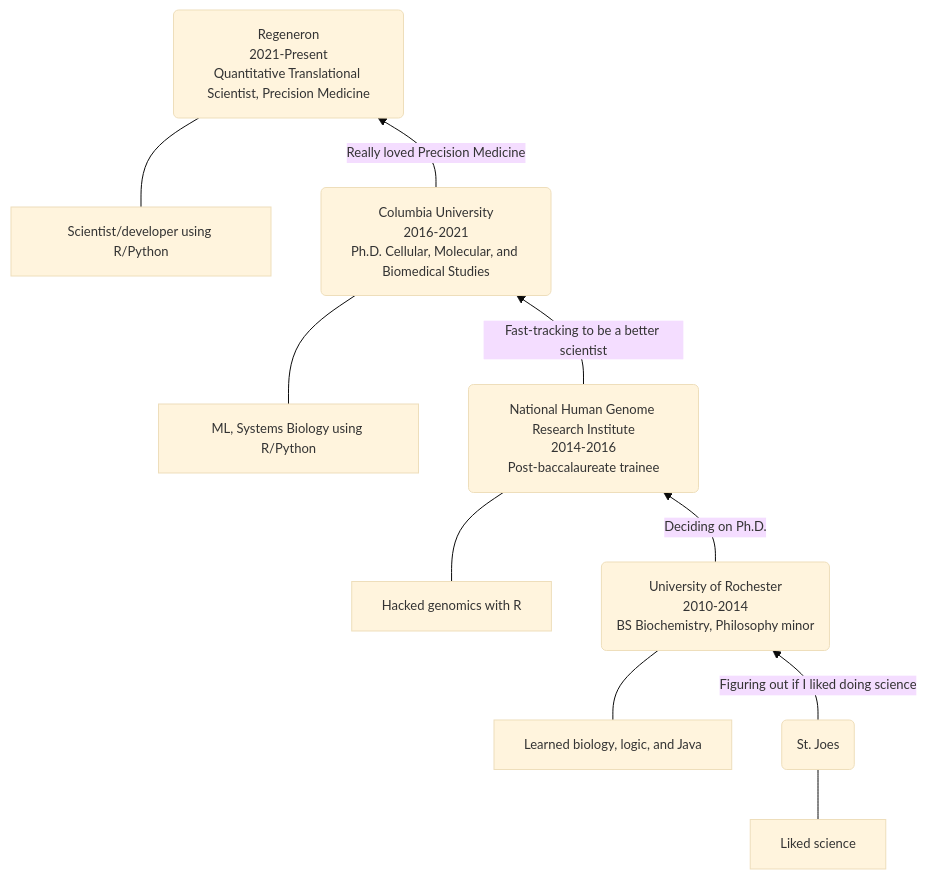
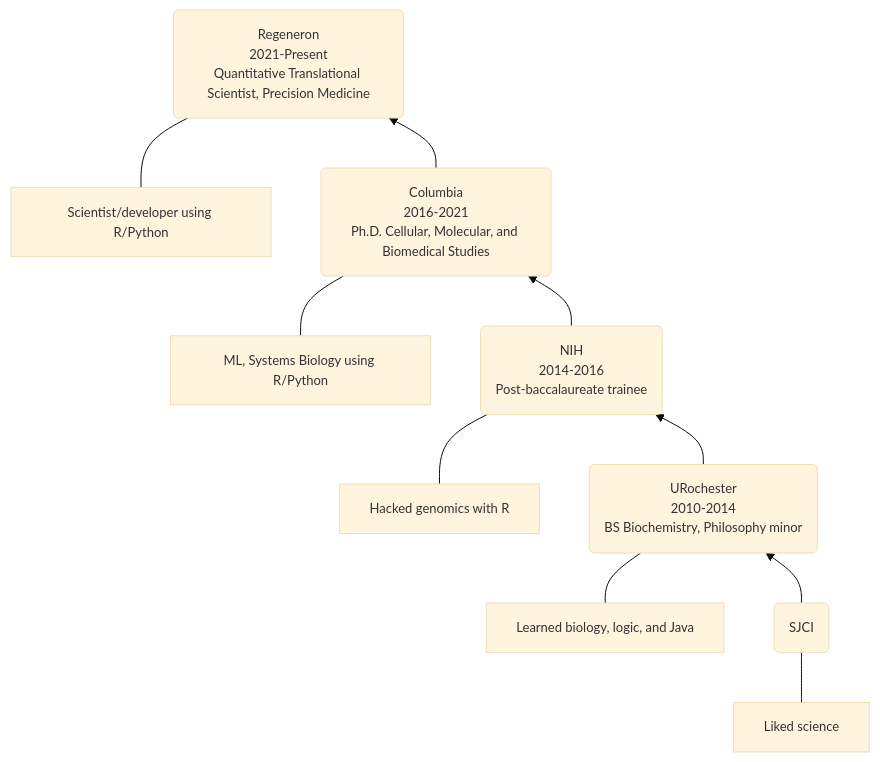
One commit to ngiangre/ngiangre.github.io changed the diagram in content/about/index.qmd. Above: the diagram before and after it, drawn with Mermaid. The commit also changed other lines of this file and 3 other files, not shown here.

Commit message:
mermaid without extra width

````diff
--- a/content/about/index.qmd
+++ b/content/about/index.qmd
@@ -38,19 +38,19 @@
-```{mermaid}
+```{mermaid .mermaid}
 %%| label: fig-mermaid-flowchart
 %%| fig-cap: Education and experience timeline
 
 %%{init: {'theme': 'base', 'sequence':{'useMaxWidth': false}, 'themeVariables': { 'fontSize': '13px', 'fontFamily': 'Inter', 'wrap': true}}}%%
 
 flowchart BT
   HSCoding[Liked science] --- HS
   CollegeCoding[Learned biology, logic, and Java] --- College
   PostbacCoding[Hacked genomics with R] --- Postbac
   PhdCoding[ML, Systems Biology using R/Python] --- Phd
   JobCoding[Scientist/developer using R/Python] --- Job
 
-  HS(St. Joes) -- Figuring out if I liked doing science --> College(University of Rochester<br>2010-2014<br>BS Biochemistry, Philosophy minor)
-  College -- Deciding on Ph.D. --> Postbac(National Human Genome Research Institute<br>2014-2016<br>Post-baccalaureate trainee)
-  Postbac -- Fast-tracking to be a better scientist --> Phd(Columbia University<br>2016-2021<br>Ph.D. Cellular, Molecular, and Biomedical Studies)
-  Phd -- Really loved Precision Medicine -->  Job(Regeneron<br>2021-Present<br>Quantitative Translational Scientist, Precision Medicine)
+  HS(SJCI) --> College(URochester<br>2010-2014<br>BS Biochemistry, Philosophy minor)
+  College --> Postbac(NIH<br>2014-2016<br>Post-baccalaureate trainee)
+  Postbac --> Phd(Columbia<br>2016-2021<br>Ph.D. Cellular, Molecular, and Biomedical Studies)
+  Phd -->  Job(Regeneron<br>2021-Present<br>Quantitative Translational Scientist, Precision Medicine)
  
 ```
````
